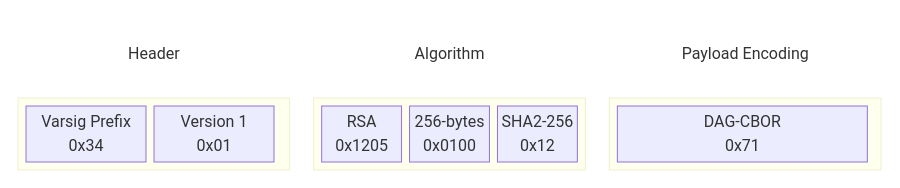
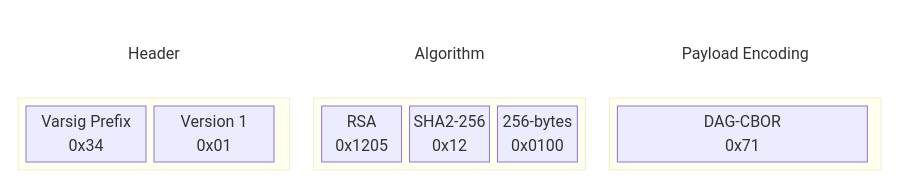
Before and after one commit to ChainAgnostic/varsig: the second of 3 diagrams in README.md, drawn with Mermaid. The commit also changed other lines of this file and 1 other file, not shown here.

````diff
--- a/README.md
+++ b/README.md
@@ -237,49 +237,49 @@
 ```mermaid
 block-beta
     block:Header
         columns 1
     
         vsig_header["Header"]
     
         block:HeaderBody
             columns 2
     
             prefix["Varsig Prefix\n0x34"]
             version["Version 1\n0x01"]
         end
     end
     
     block:Algo
         columns 1
     
         algo_header["Algorithm"]
     
         block:AlgoBody
             rsa["RSA\n0x1205"]
+            sha2_256["SHA2-256\n0x12"]
             len["256-bytes\n0x0100"]
-            sha2_256["SHA2-256\n0x12"]
         end
     end
     
     block:Encoding
         columns 1
     
         encoding_header["Payload Encoding"]
     
         block:EncodingBody
             dag_cbor["DAG-CBOR\n0x71"]
         end
     end
     
     style Header fill:none;stroke:none;
     style vsig_header fill:none;stroke:none;
     
     style Algo fill:none;stroke:none;
     style algo_header fill:none;stroke:none;
     
     style Encoding fill:none;stroke:none;
     style encoding_header fill:none;stroke:none;
     
     style prefix width:120;
     style dag_cbor width:250;
 ```
````
